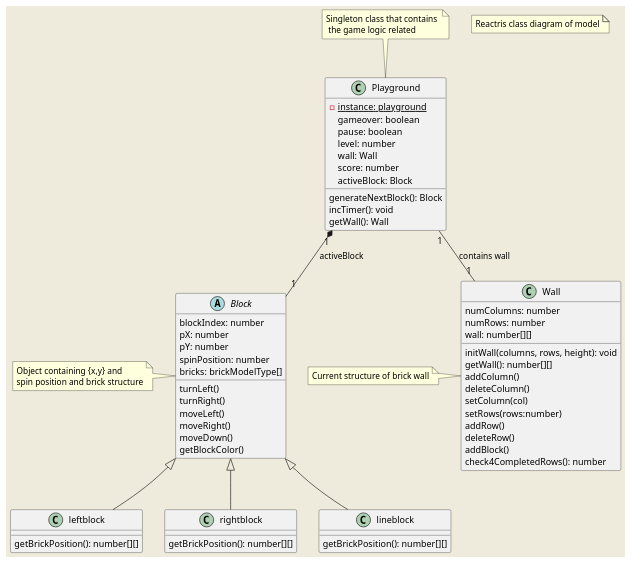
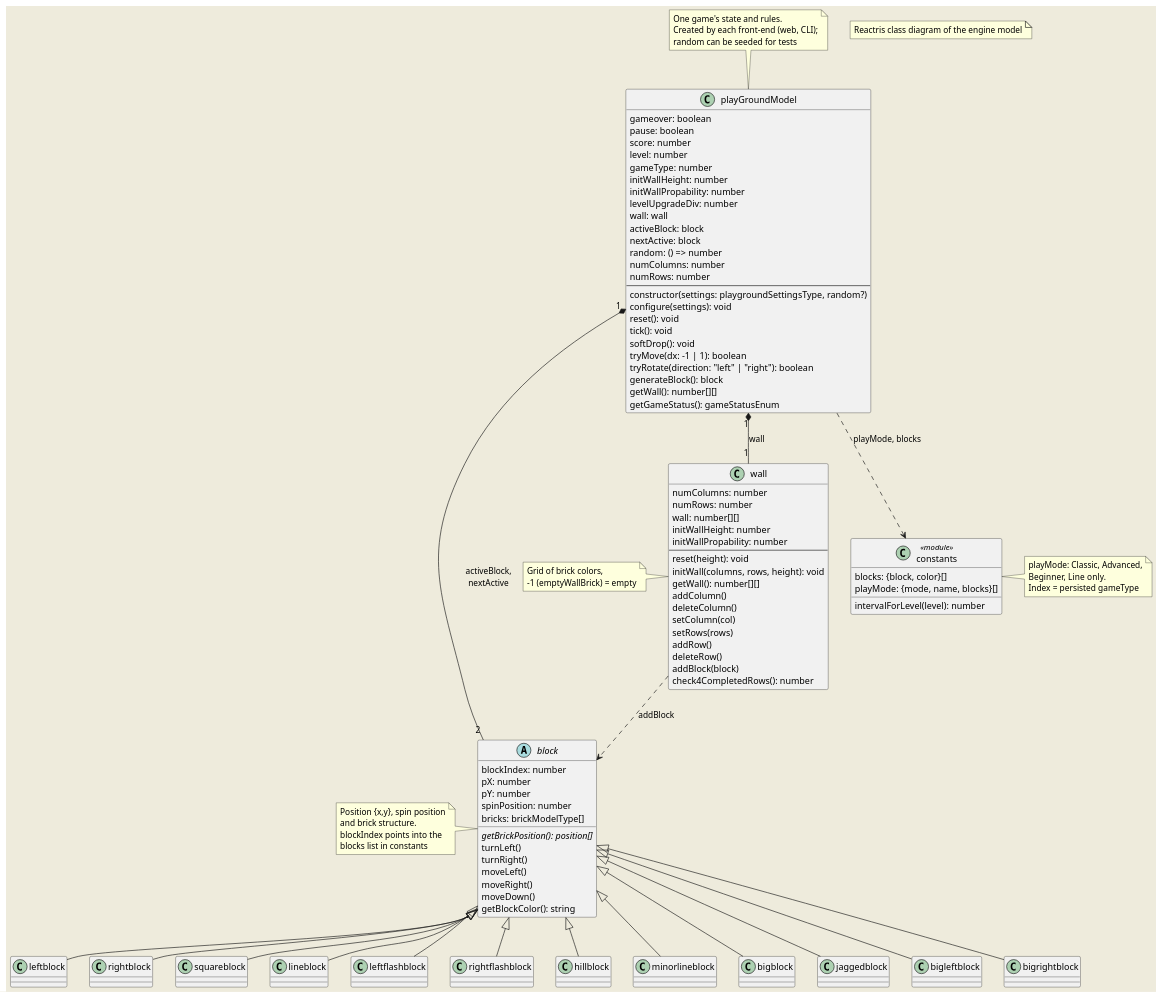
Before and after one commit to pertan4711/reactris: the diagram in doc/uml/domain_model.puml, drawn with PlantUML. The commit also changed other lines of this file and 4 other files, not shown here.

First line of the commit message:
Update docs for the monorepo layout and current engine API

```diff
--- a/doc/uml/domain_model.puml
+++ b/doc/uml/domain_model.puml
@@ -2,80 +2,103 @@
 @startuml Domain Model
 skinparam BackgroundColor #EEEBDC
-note "Reactris class diagram of model" as diagramtext
+note "Reactris class diagram of the engine model" as diagramtext
 
-abstract class "Block" as Block {
+abstract class "block" as Block {
   blockIndex: number
   pX: number
   pY: number
   spinPosition: number
   bricks: brickModelType[]
+  {abstract} getBrickPosition(): position[]
   turnLeft()
   turnRight()
   moveLeft()
   moveRight()
   moveDown()
-  getBlockColor()
+  getBlockColor(): string
 }
 
-note left of Block : Object containing {x,y} and\nspin position and brick structure
+note left of Block : Position {x,y}, spin position\nand brick structure.\nblockIndex points into the\nblocks list in constants
 
-class leftblock extends Block {
-  getBrickPosition(): number[][]
+' Standard pieces
+class leftblock extends Block
+class rightblock extends Block
+class squareblock extends Block
+class lineblock extends Block
+class leftflashblock extends Block
+class rightflashblock extends Block
+class hillblock extends Block
+
+' Invented pieces
+class minorlineblock extends Block
+class bigblock extends Block
+class jaggedblock extends Block
+class bigleftblock extends Block
+class bigrightblock extends Block
+
+class "playGroundModel" as Playground {
+  gameover: boolean
+  pause: boolean
+  score: number
+  level: number
+  gameType: number
+  initWallHeight: number
+  initWallPropability: number
+  levelUpgradeDiv: number
+  wall: wall
+  activeBlock: block
+  nextActive: block
+  random: () => number
+  numColumns: number
+  numRows: number
+  --
+  constructor(settings: playgroundSettingsType, random?)
+  configure(settings): void
+  reset(): void
+  tick(): void
+  softDrop(): void
+  tryMove(dx: -1 | 1): boolean
+  tryRotate(direction: "left" | "right"): boolean
+  generateBlock(): block
+  getWall(): number[][]
+  getGameStatus(): gameStatusEnum
 }
 
-class rightblock extends Block {
-  getBrickPosition(): number[][]
-}
+note top of Playground : One game's state and rules.\nCreated by each front-end (web, CLI);\nrandom can be seeded for tests
 
-class lineblock extends Block {
-  getBrickPosition(): number[][]
-}
-
-class "Playground" as Playground {
-  - {static} instance: playground
-  gameover: boolean
-  pause: boolean
-  level: number
-  wall: Wall
-  score: number
-  activeBlock: Block
-  ' initWallHeight: number
-  ' brickSize: number
-  ' brickSpace: number
-  ' windowSizeX: number
-  ' windowSizeY: number
-  
-  'getInstance(winX: number, winY: number): playground
-  generateNextBlock(): Block
-  incTimer(): void
-  ' reset(): void
-  getWall(): Wall
-  ' getScore(): number
-  ' updateBlockWallStatus(): void
-}
-
-note top of Playground : Singleton class that contains \n the game logic related
-
-class "Wall" as Wall {
+class "wall" as Wall {
   numColumns: number
   numRows: number
   wall: number[][]
+  initWallHeight: number
+  initWallPropability: number
+  --
+  reset(height): void
   initWall(columns, rows, height): void
   getWall(): number[][]
   addColumn()
   deleteColumn()
   setColumn(col)
-  setRows(rows:number)
+  setRows(rows)
   addRow()
   deleteRow()
-  addBlock()
+  addBlock(block)
   check4CompletedRows(): number
 }
 
-note left of Wall : Current structure of brick wall
+note left of Wall : Grid of brick colors,\n-1 (emptyWallBrick) = empty
 
-Playground "1" *-- "1" Block : activeBlock
-Playground "1" -- "1" Wall : contains wall
+class "constants" as Constants <<module>> {
+  blocks: {block, color}[]
+  playMode: {mode, name, blocks}[]
+  intervalForLevel(level): number
+}
 
+note right of Constants : playMode: Classic, Advanced,\nBeginner, Line only.\nIndex = persisted gameType
+
+Playground "1" *-- "2" Block : activeBlock,\nnextActive
+Playground "1" *-- "1" Wall : wall
+Playground ..> Constants : playMode, blocks
+Wall ..> Block : addBlock
 
 @enduml
```
